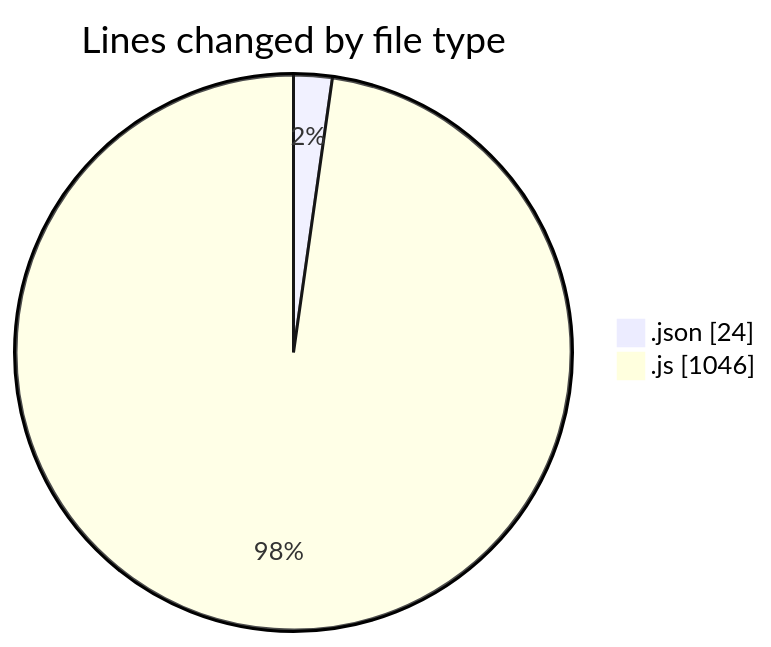
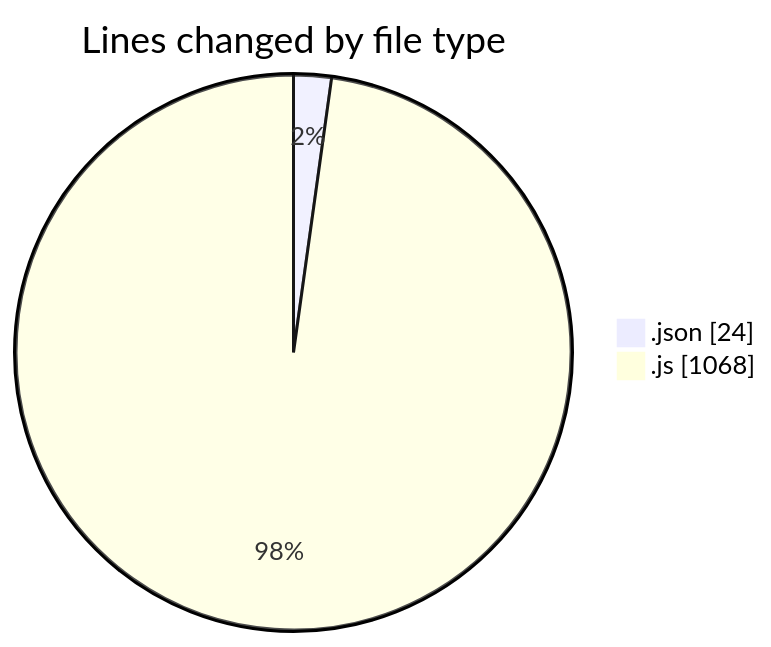
Before and after one commit to BS-eng2023/code-tracking: the first of 2 diagrams in 2025-04-01/jsvms/README.md, drawn with Mermaid. The commit also changed other lines of this file and 1 other file, not shown here.

````diff
--- a/2025-04-01/jsvms/README.md
+++ b/2025-04-01/jsvms/README.md
@@ -36,6 +36,6 @@
 ```mermaid
 pie showData
 title Lines changed by file type
 ".json" : 24
-".js" : 1046
+".js" : 1068
 ```
````
